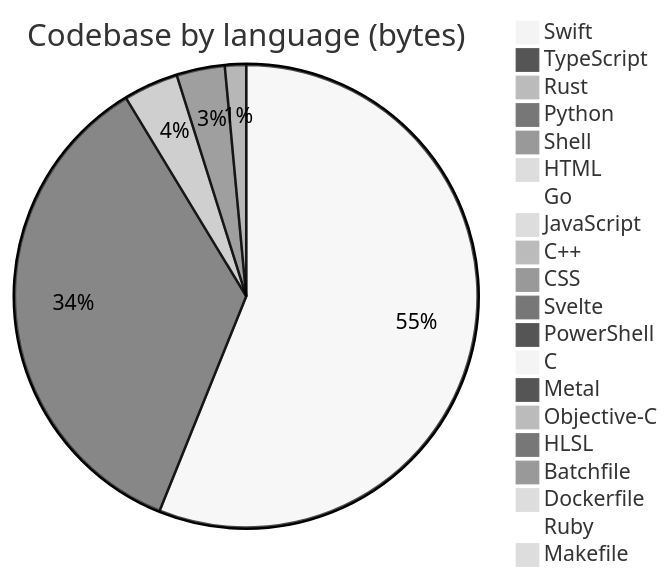
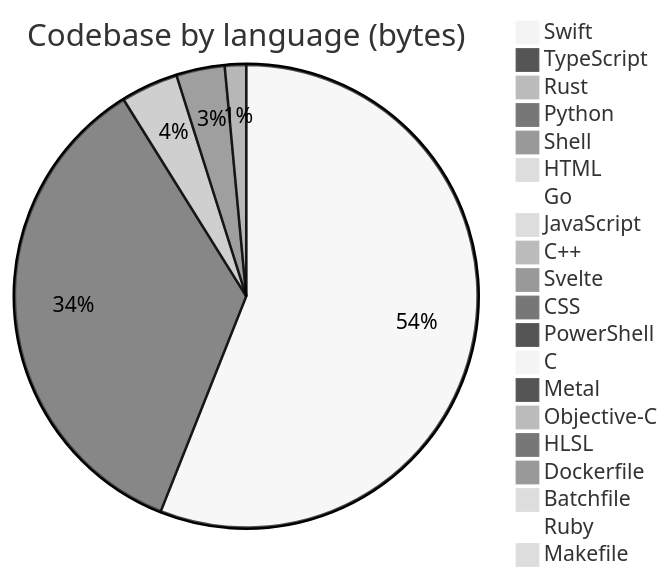
One commit to Open330/.github changed the diagram in profile/README.md. Above: the diagram before and after it, drawn with Mermaid (neutral theme). The commit also changed other lines of this file, not shown here.

````diff
--- a/profile/README.md
+++ b/profile/README.md
@@ -136,23 +137,23 @@
 ```mermaid
 pie title Codebase by language (bytes)
-    "Swift" : 59539189
-    "TypeScript" : 37365789
-    "Rust" : 4063062
-    "Python" : 3572723
-    "Shell" : 1571691
-    "HTML" : 882719
+    "Swift" : 59659050
+    "TypeScript" : 37382156
+    "Rust" : 4266218
+    "Python" : 3599928
+    "Shell" : 1584149
+    "HTML" : 883205
     "Go" : 572897
-    "JavaScript" : 502304
+    "JavaScript" : 544176
     "C++" : 388775
-    "CSS" : 247817
-    "Svelte" : 143451
+    "Svelte" : 275766
+    "CSS" : 248760
     "PowerShell" : 131318
     "C" : 125678
     "Metal" : 33033
     "Objective-C" : 11658
     "HLSL" : 7527
+    "Dockerfile" : 6524
     "Batchfile" : 5870
-    "Dockerfile" : 4893
     "Ruby" : 4289
     "Makefile" : 1150
 ```
````
